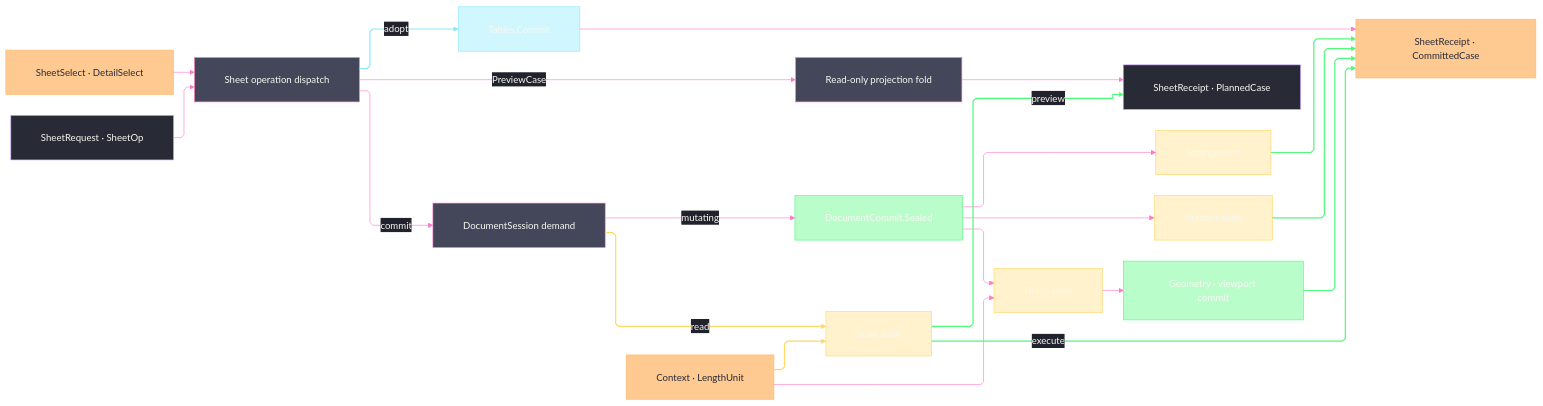
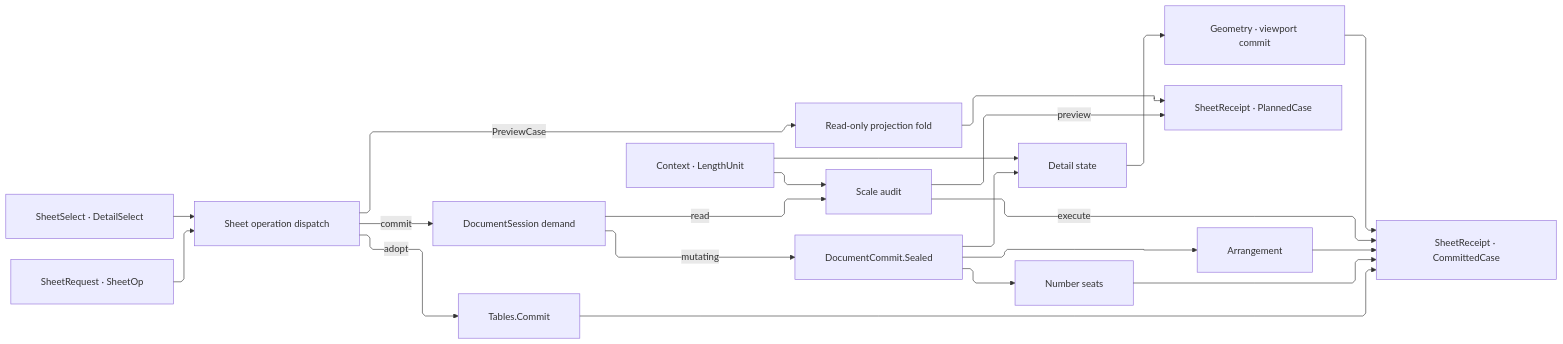
The diagram in libs/csharp/Rasm.Rhino/.planning/Exchange/sheets.md (bsamiee/Rasm), drawn with Mermaid before and after one commit. The commit also changed 324 other files, not shown here.

````diff
--- a/libs/csharp/Rasm.Rhino/.planning/Exchange/sheets.md
+++ b/libs/csharp/Rasm.Rhino/.planning/Exchange/sheets.md
@@ -1573,69 +1573,35 @@
 ```mermaid codemap
 ---
 config:
-  theme: base
-  look: classic
   layout: elk
+  elk:
+    nodePlacementStrategy: NETWORK_SIMPLEX
+    considerModelOrder: NODES_AND_EDGES
   flowchart:
     curve: linear
     padding: 25
-  themeVariables:
-    darkMode: true
-    fontFamily: "SF Mono, Menlo, Cascadia Mono, Segoe UI Mono, Consolas, monospace"
-    useGradient: false
-    dropShadow: "none"
-    background: "#282A36"
-    primaryColor: "#44475A"
-    primaryTextColor: "#F8F8F2"
-    primaryBorderColor: "#BD93F9"
-    lineColor: "#FF79C6"
-    textColor: "#F8F8F2"
-    edgeLabelBackground: "#21222C"
-    labelBackgroundColor: "#21222C"
-  themeCSS: >-
-    .nodeLabel{font-size:13px;font-weight:500}.edgeLabel{font-size:12px;font-weight:500}
-    .edge-thickness-normal{stroke-width:2px}.edge-thickness-thick{stroke-width:3px}
-    .edge-pattern-dashed,.edge-pattern-dotted{stroke-width:1.5px;stroke-dasharray:4 6}
-    .node rect,.node circle,.node polygon,.node path,.node .outer-path{stroke-width:1.5px;filter:none!important}
-    .marker path{transform:scale(.8);transform-origin:5px 5px}.marker circle{transform:scale(.48);transform-origin:5px 5px}
-    .edgeLabel rect{transform-box:fill-box;transform-origin:center;transform:scale(1.1,1.2)}
 ---
 flowchart LR
     accTitle: Unified sheet projection and transaction flow
     accDescr: One typed request resolves into planned or committed receipt settlement with audited evidence and rollback-capable mutation.
     Select["SheetSelect · DetailSelect"] --> Dispatch["Sheet operation dispatch"]
     Request["SheetRequest · SheetOp"] --> Dispatch
     Dispatch -->|PreviewCase| Preview["Read-only projection fold"]
-    Preview --> Receipt["SheetReceipt · PlannedCase"]
+    Dispatch -->|commit| Demand["DocumentSession demand"]
     Dispatch -->|adopt| Tables["Tables.Commit"]
-    Dispatch -->|commit| Demand["DocumentSession demand"]
+    Demand -->|read| Audit["Scale audit"]
     Demand -->|mutating| Undo["DocumentCommit.Sealed"]
-    Demand -->|read| Audit["Scale audit"]
-    Undo --> State["Detail state"]
+    Context["Context · LengthUnit"] --> Audit
+    Context --> State["Detail state"]
+    Undo --> State
     Undo --> Layout["Arrangement"]
     Undo --> Number["Number seats"]
-    Context["Context · LengthUnit"] --> Audit
-    Context --> State
     State --> NativeCommit["Geometry · viewport commit"]
-    NativeCommit --> Committed["SheetReceipt · CommittedCase"]
+    Preview --> Receipt["SheetReceipt · PlannedCase"]
+    Audit -->|preview| Receipt
+    Audit -->|execute| Committed["SheetReceipt · CommittedCase"]
+    NativeCommit --> Committed
     Layout --> Committed
     Number --> Committed
-    Audit -->|preview| Receipt
-    Audit -->|execute| Committed
     Tables --> Committed
-    linkStyle 4 stroke:#8BE9FD,stroke-width:2px,color:#F8F8F2
-    linkStyle 7,11 stroke:#FFD866,stroke-width:2px,color:#F8F8F2
-    linkStyle 14,15,16,17,18 stroke:#50FA7B,stroke-width:2px,color:#F8F8F2
-    classDef boundary fill:#282A36,stroke:#BD93F9,color:#F8F8F2
-    classDef primary fill:#44475A,stroke:#FF79C6,color:#F8F8F2
-    classDef data fill:#FFB86CBF,stroke:#FFB86C,color:#282A36
-    classDef external fill:#8BE9FD66,stroke:#8BE9FD,color:#F8F8F2
-    classDef success fill:#50FA7B66,stroke:#50FA7B,color:#F8F8F2
-    classDef payload fill:#FFD86654,stroke:#FFD866,color:#F8F8F2
-    class Request,Receipt boundary
-    class Dispatch,Demand,Preview primary
-    class Select,Context,Committed data
-    class Tables external
-    class Undo,NativeCommit success
-    class State,Layout,Number,Audit payload
 ```
````
